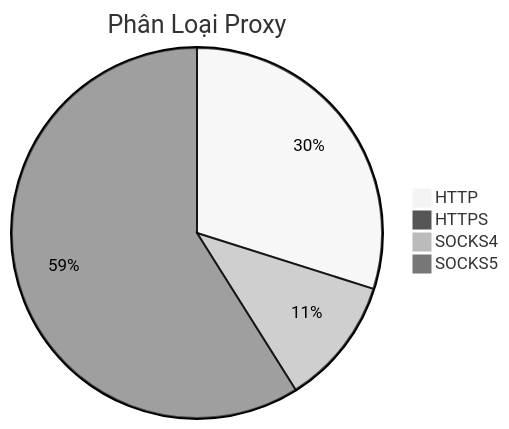
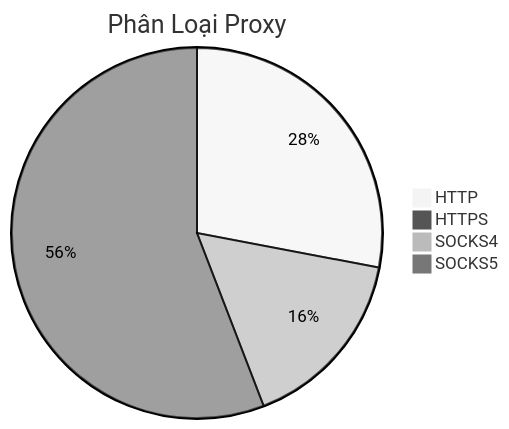
Before and after one commit to Ciara-12/PROXY-free: the diagram in README.md, drawn with Mermaid (neutral theme). The commit also changed other lines of this file and 3 other files, not shown here.

````diff
--- a/README.md
+++ b/README.md
@@ -26,7 +26,7 @@
 ```mermaid
 pie title Phân Loại Proxy
-    "HTTP" : 799
+    "HTTP" : 655
     "HTTPS" : 1
-    "SOCKS4" : 299
-    "SOCKS5" : 1576
+    "SOCKS4" : 378
+    "SOCKS5" : 1307
 ```
````
